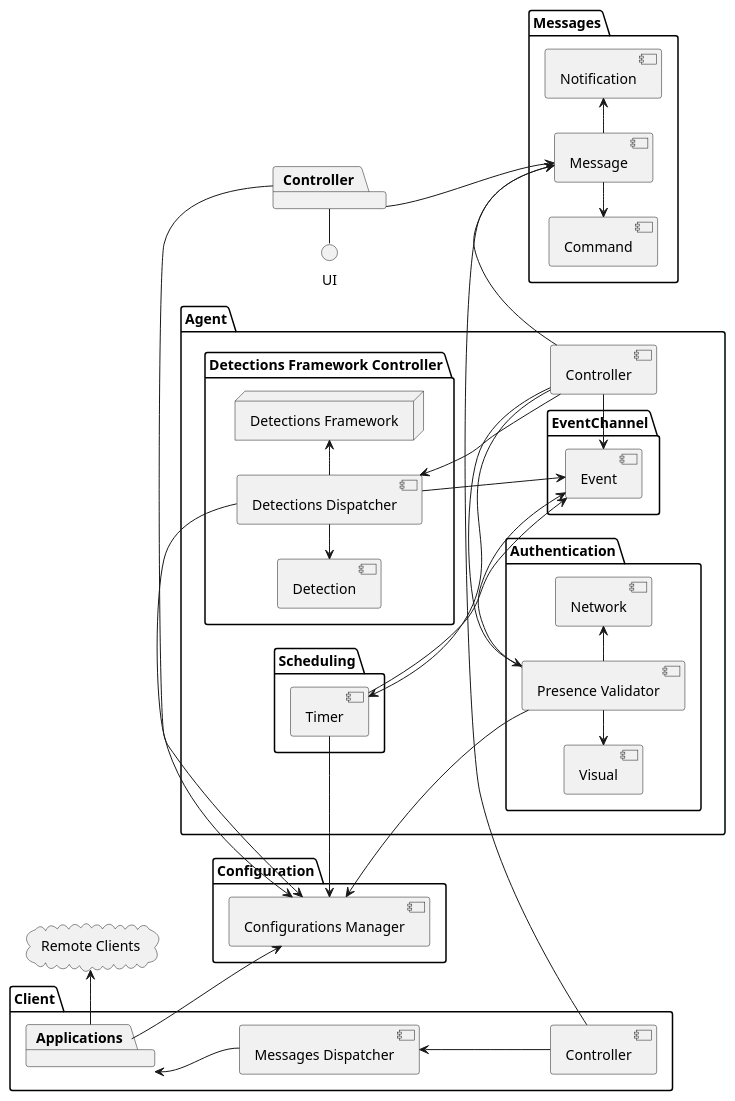
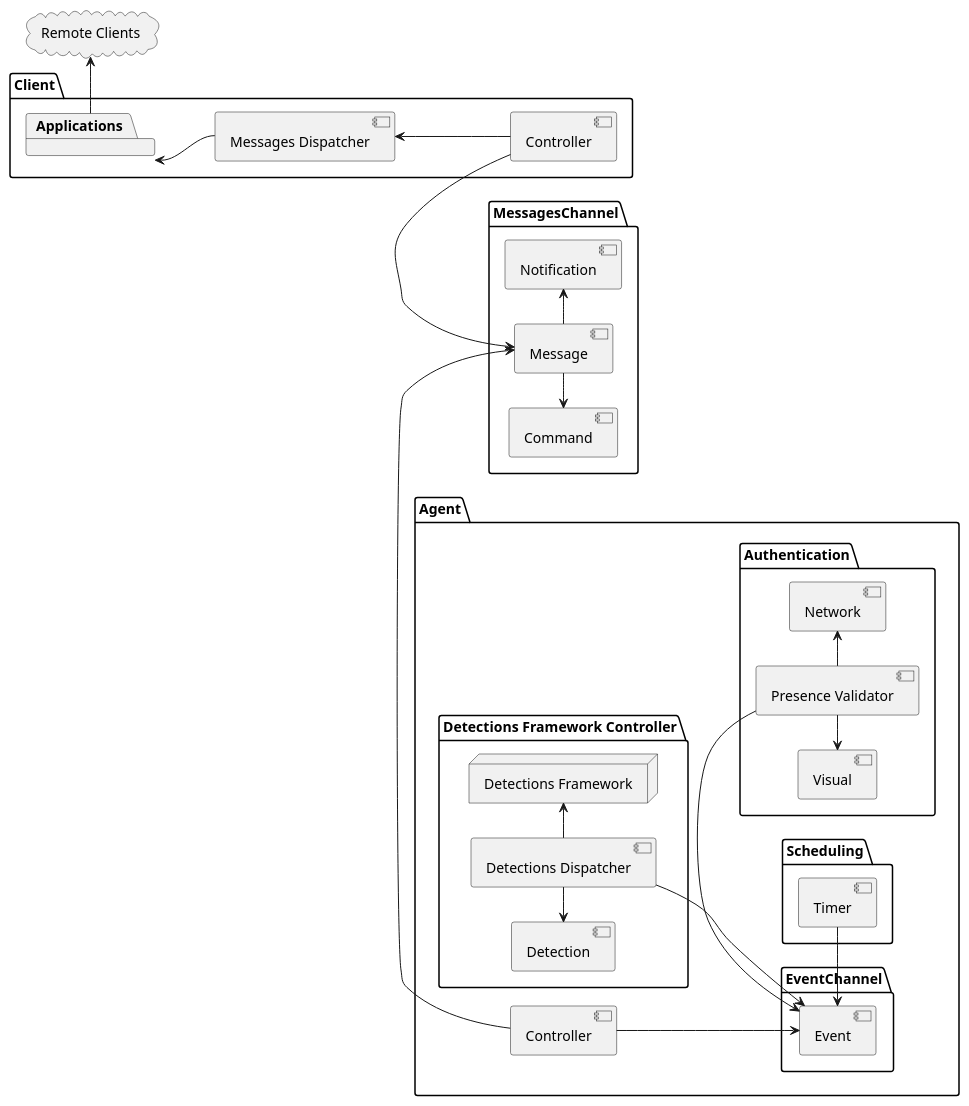
One commit to saratoga8/motion_notifier changed the diagram in docs/components.puml. Above: the diagram before and after it, drawn with PlantUML. The commit also changed 2 other files, not shown here.

```diff
--- a/docs/components.puml
+++ b/docs/components.puml
@@ -1,76 +1,60 @@
 @startuml
 'https://plantuml.com/component-diagram
 
 left to right direction
 
 package "Agent" {
     [Controller] as Agent_Controller
     package "Authentication" {
       [Presence Validator]
       [Network]
       [Visual]
     }
 
     package "Detections Framework Controller" {
       [Detections Dispatcher] -> "Detections Framework"
       [Detection] <- [Detections Dispatcher]
       node "Detections Framework" {
       }
     }
 
 
     package EventChannel {
-      Agent_Controller -> [Event]
+      Agent_Controller --> [Event]
       [Presence Validator] -> [Event]
-      [Detections Dispatcher] -> [Event]
+      [Detections Dispatcher] --> [Event]
     }
 
     package "Scheduling" {
       [Timer] -> [Event]
     }
-
-}
-
-package Controller {
 
 }
 
 package "Client" {
     [Controller] as Client_Controller
     [Messages Dispatcher] <-- Client_Controller
 
     package [Applications] {
     }
 }
 
-package Messages {
+package MessagesChannel {
     [Command] <- [Message]
     [Message]
     [Message] -> [Notification]
-    [Controller] -> [Message]
 }
 
-package Configuration {
-    [Configurations Manager]
-}
 
 cloud "Remote Clients" {
 }
 
 [Applications] <-- [Messages Dispatcher]
-[Applications] -> [Configurations Manager]
 [Applications] -> "Remote Clients"
 Client_Controller -> [Message]
-[Presence Validator] <- Agent_Controller
 Agent_Controller -> [Message]
-[Configurations Manager] <-- [Presence Validator]
-[Timer] -> [Configurations Manager]
-[Detections Dispatcher] <-- Agent_Controller
-[Configurations Manager] <- [Detections Dispatcher]
-[Timer] <-- Agent_Controller
+
 [Presence Validator] -> [Network]
 [Visual] <- [Presence Validator]
-[Configurations Manager] <- [Controller]
-[Controller] - UI
 
 @enduml
```
